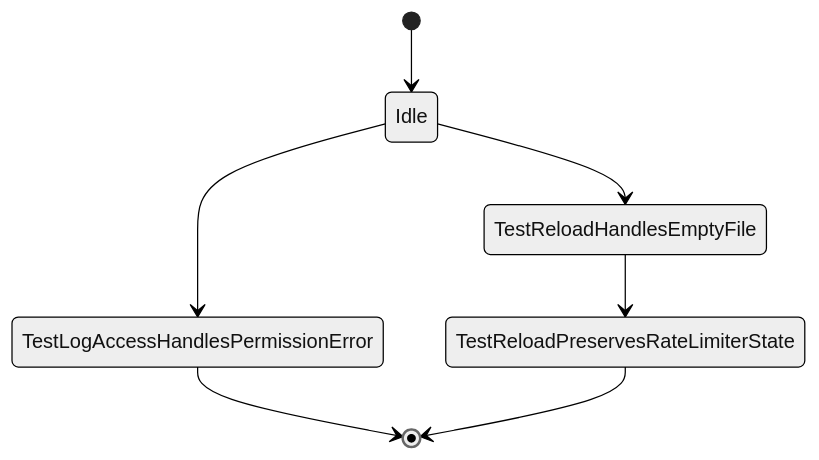
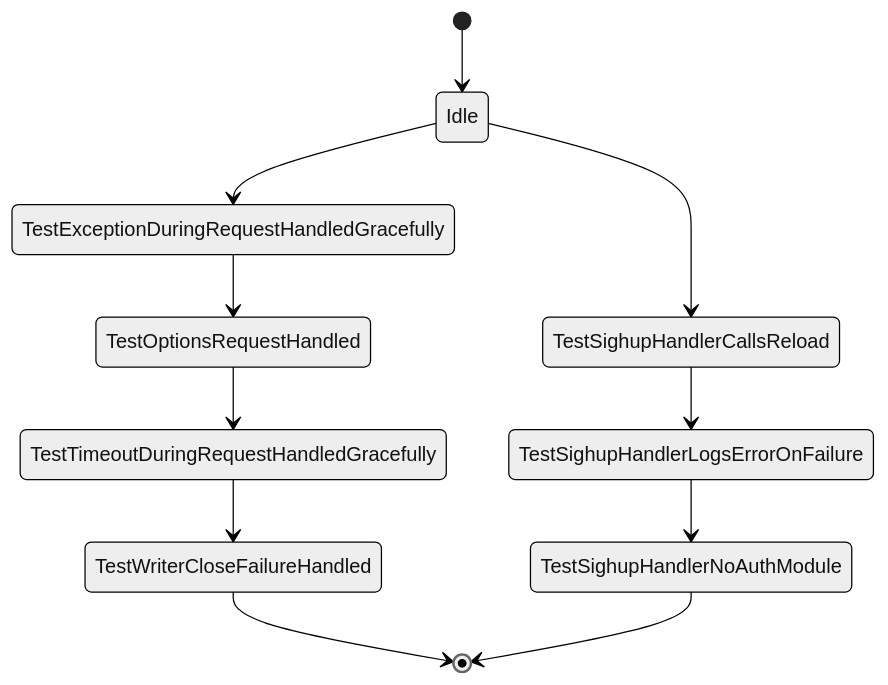
The second of 8 diagrams in docs/auto/ARCHITECTURE_AUTO.md (zepfu/llama-gguf-inference), drawn with Mermaid (neutral theme) before and after one commit. The commit also changed other lines of this file and 2 other files, not shown here.

````diff
--- a/docs/auto/ARCHITECTURE_AUTO.md
+++ b/docs/auto/ARCHITECTURE_AUTO.md
@@ -38,9 +36,13 @@
 ```mermaid
 stateDiagram-v2
     [*] --> Idle
-    Idle --> TestLogAccessHandlesPermissionError
-    TestLogAccessHandlesPermissionError --> [*]
-    Idle --> TestReloadHandlesEmptyFile
-    TestReloadHandlesEmptyFile --> TestReloadPreservesRateLimiterState
-    TestReloadPreservesRateLimiterState --> [*]
+    Idle --> TestExceptionDuringRequestHandledGracefully
+    TestExceptionDuringRequestHandledGracefully --> TestOptionsRequestHandled
+    TestOptionsRequestHandled --> TestTimeoutDuringRequestHandledGracefully
+    TestTimeoutDuringRequestHandledGracefully --> TestWriterCloseFailureHandled
+    TestWriterCloseFailureHandled --> [*]
+    Idle --> TestSighupHandlerCallsReload
+    TestSighupHandlerCallsReload --> TestSighupHandlerLogsErrorOnFailure
+    TestSighupHandlerLogsErrorOnFailure --> TestSighupHandlerNoAuthModule
+    TestSighupHandlerNoAuthModule --> [*]
 ```
````
